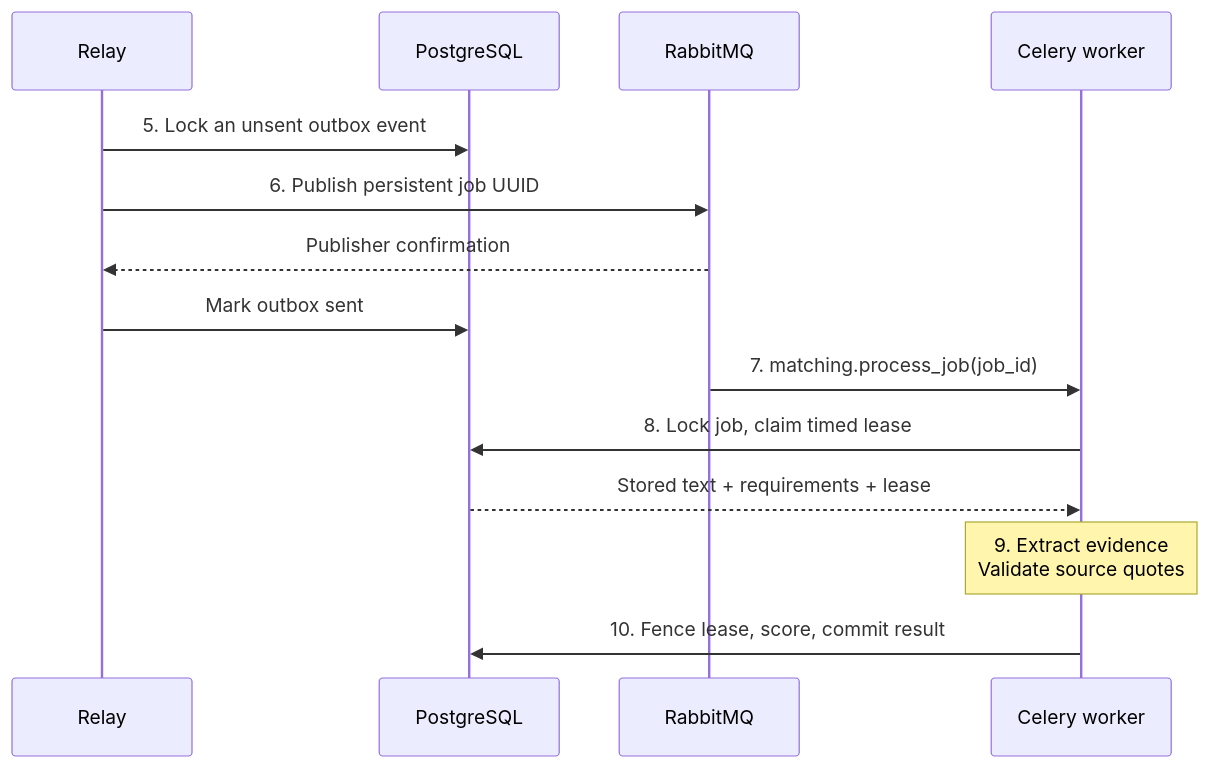
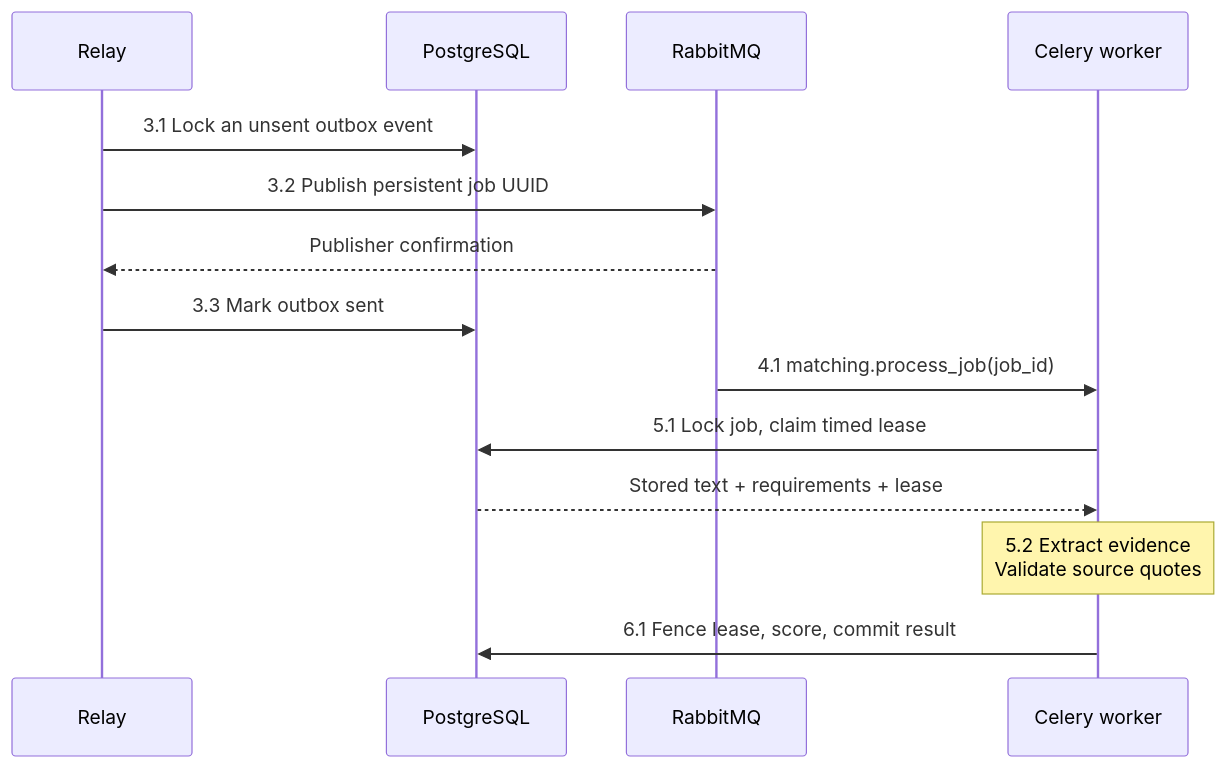
One commit to junrillg/resume-match-bedrock changed the second of 4 diagrams in docs/architecture.md. Above: the diagram before and after it, drawn with Mermaid. The commit also changed other lines of this file and 8 other files, not shown here.

````diff
--- a/docs/architecture.md
+++ b/docs/architecture.md
@@ -46,16 +57,16 @@
 ```mermaid
 sequenceDiagram
   participant Relay
   participant DB as PostgreSQL
   participant MQ as RabbitMQ
   participant Worker as Celery worker
-  Relay->>DB: 5. Lock an unsent outbox event
-  Relay->>MQ: 6. Publish persistent job UUID
+  Relay->>DB: 3.1 Lock an unsent outbox event
+  Relay->>MQ: 3.2 Publish persistent job UUID
   MQ-->>Relay: Publisher confirmation
-  Relay->>DB: Mark outbox sent
-  MQ->>Worker: 7. matching.process_job(job_id)
-  Worker->>DB: 8. Lock job, claim timed lease
+  Relay->>DB: 3.3 Mark outbox sent
+  MQ->>Worker: 4.1 matching.process_job(job_id)
+  Worker->>DB: 5.1 Lock job, claim timed lease
   DB-->>Worker: Stored text + requirements + lease
-  Note over Worker: 9. Extract evidence<br/>Validate source quotes
-  Worker->>DB: 10. Fence lease, score, commit result
+  Note over Worker: 5.2 Extract evidence<br/>Validate source quotes
+  Worker->>DB: 6.1 Fence lease, score, commit result
 ```
````
